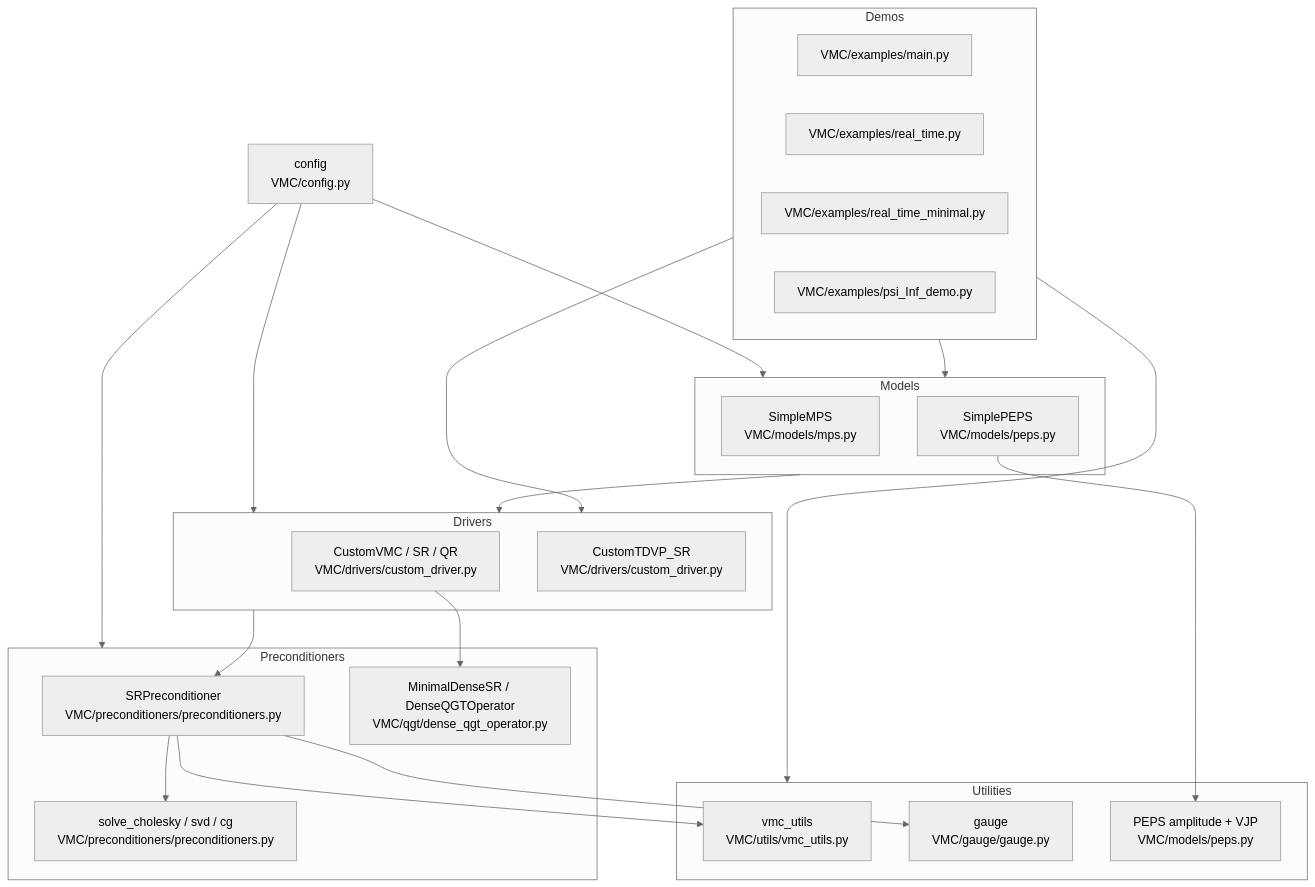
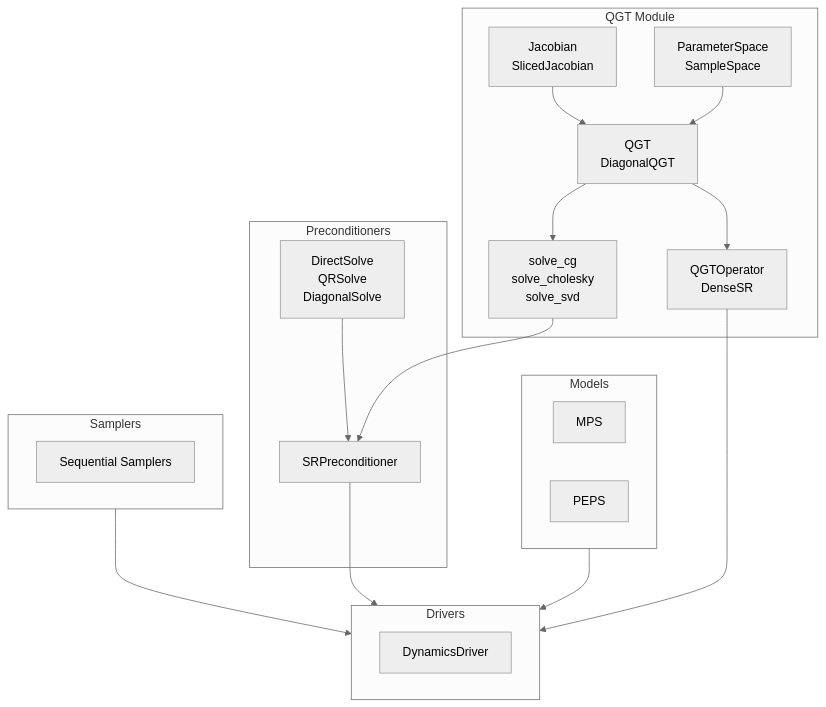
Before and after one commit to fliingelephant/VMC: the fourth of 4 diagrams in DESIGN.md, drawn with Mermaid (neutral theme). The commit also changed other lines of this file and 27 other files, not shown here.

````diff
--- a/DESIGN.md
+++ b/DESIGN.md
@@ -39,50 +174,38 @@
 ```mermaid
 flowchart TD
-  Config["config<br/>VMC/config.py"]
+    subgraph Models
+        MPS["MPS"]
+        PEPS["PEPS"]
+    end
 
-  subgraph Models
-    MPS["SimpleMPS<br/>VMC/models/mps.py"]
-    PEPS["SimplePEPS<br/>VMC/models/peps.py"]
-  end
+    subgraph QGT["QGT Module"]
+        Jac["Jacobian<br/>SlicedJacobian"]
+        QGTCore["QGT<br/>DiagonalQGT"]
+        Space["ParameterSpace<br/>SampleSpace"]
+        Solvers["solve_cg<br/>solve_cholesky<br/>solve_svd"]
+        NetKet["QGTOperator<br/>DenseSR"]
+    end
 
-  subgraph Drivers
-    VMC["CustomVMC / SR / QR<br/>VMC/drivers/custom_driver.py"]
-    TDVP["CustomTDVP_SR<br/>VMC/drivers/custom_driver.py"]
-  end
+    subgraph Preconditioners
+        SRP["SRPreconditioner"]
+        Strategy["DirectSolve<br/>QRSolve<br/>DiagonalSolve"]
+    end
 
-  subgraph Preconditioners
-    SRP["SRPreconditioner<br/>VMC/preconditioners/preconditioners.py"]
-    QGT["MinimalDenseSR / DenseQGTOperator<br/>VMC/qgt/dense_qgt_operator.py"]
-    Solvers["solve_cholesky / svd / cg<br/>VMC/preconditioners/preconditioners.py"]
-  end
+    subgraph Drivers
+        Dynamics["DynamicsDriver"]
+    end
+    subgraph Samplers
+        Seq["Sequential Samplers"]
+    end
 
-  subgraph Utilities
-    VMCUtils["vmc_utils<br/>VMC/utils/vmc_utils.py"]
-    Gauge["gauge<br/>VMC/gauge/gauge.py"]
-    PEPSAmp["PEPS amplitude + VJP<br/>VMC/models/peps.py"]
-  end
-
-  subgraph Demos
-    Main["VMC/examples/main.py"]
-    RT["VMC/examples/real_time.py"]
-    RTMin["VMC/examples/real_time_minimal.py"]
-    PsiInf["VMC/examples/psi_Inf_demo.py"]
-  end
-
-  Config --> Models
-  Config --> Drivers
-  Config --> Preconditioners
-
-  Models --> Drivers
-  PEPS --> PEPSAmp
-
-  Drivers --> SRP
-  VMC --> QGT
-  SRP --> Solvers
-  SRP --> VMCUtils
-  SRP --> Gauge
-
-  Demos --> Models
-  Demos --> Drivers
-  Demos --> Utilities
+    Models --> Drivers
+    Samplers --> Drivers
+    Jac --> QGTCore
+    Space --> QGTCore
+    QGTCore --> Solvers
+    QGTCore --> NetKet
+    Solvers --> SRP
+    Strategy --> SRP
+    SRP --> Drivers
+    NetKet --> Drivers
 ```
````
